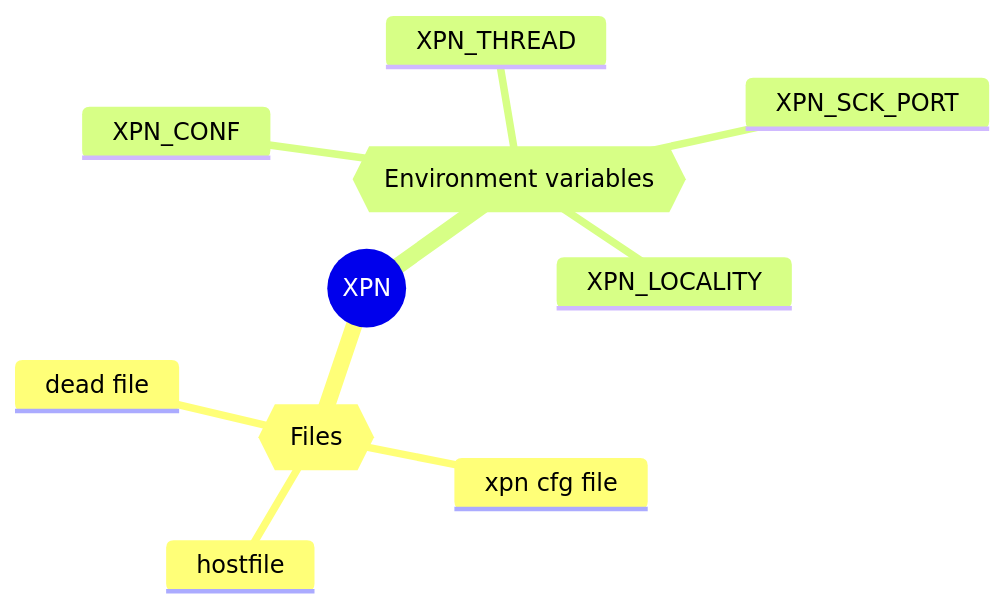
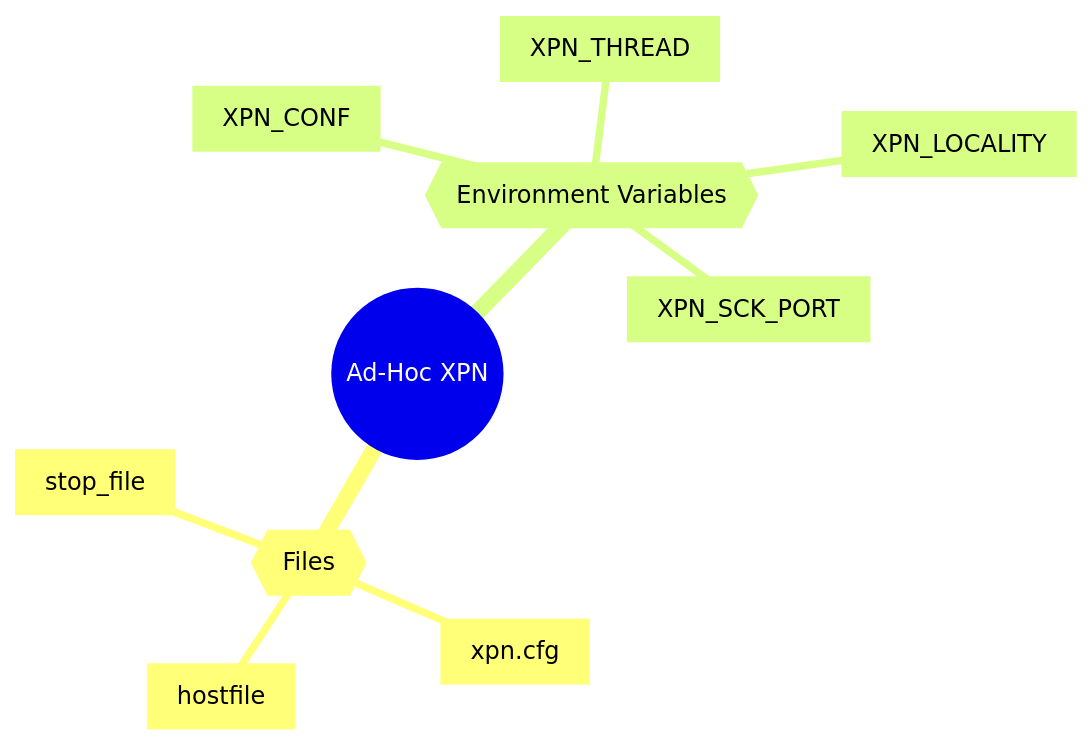
Before and after one commit to xpn-arcos/xpn: the third of 4 diagrams in README.md, drawn with Mermaid. The commit also changed other lines of this file, not shown here.

````diff
--- a/README.md
+++ b/README.md
@@ -160,14 +160,14 @@
   ```mermaid
   %%{ init : { "theme" : "default", "themeVariables" : { "background" : "#000" }}}%%
   mindmap
-  root((XPN))
+  root((Ad-Hoc XPN))
     {{Files}}
-        hostfile
-        xpn cfg file
-        dead file
-    {{Environment variables}}
-        XPN_CONF
-        XPN_THREAD
-        XPN_LOCALITY
-        XPN_SCK_PORT
+        [hostfile]
+        [xpn.cfg]
+        [stop_file]
+    {{Environment Variables}}
+        [XPN_CONF]
+        [XPN_THREAD]
+        [XPN_LOCALITY]
+        [XPN_SCK_PORT]
 ```
````
